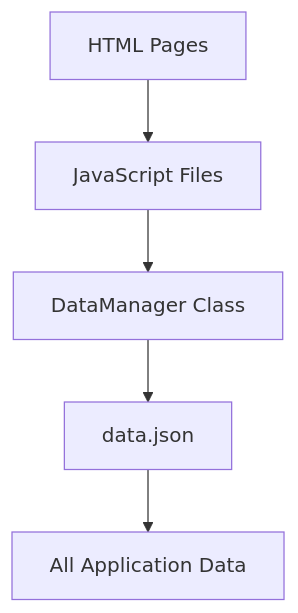
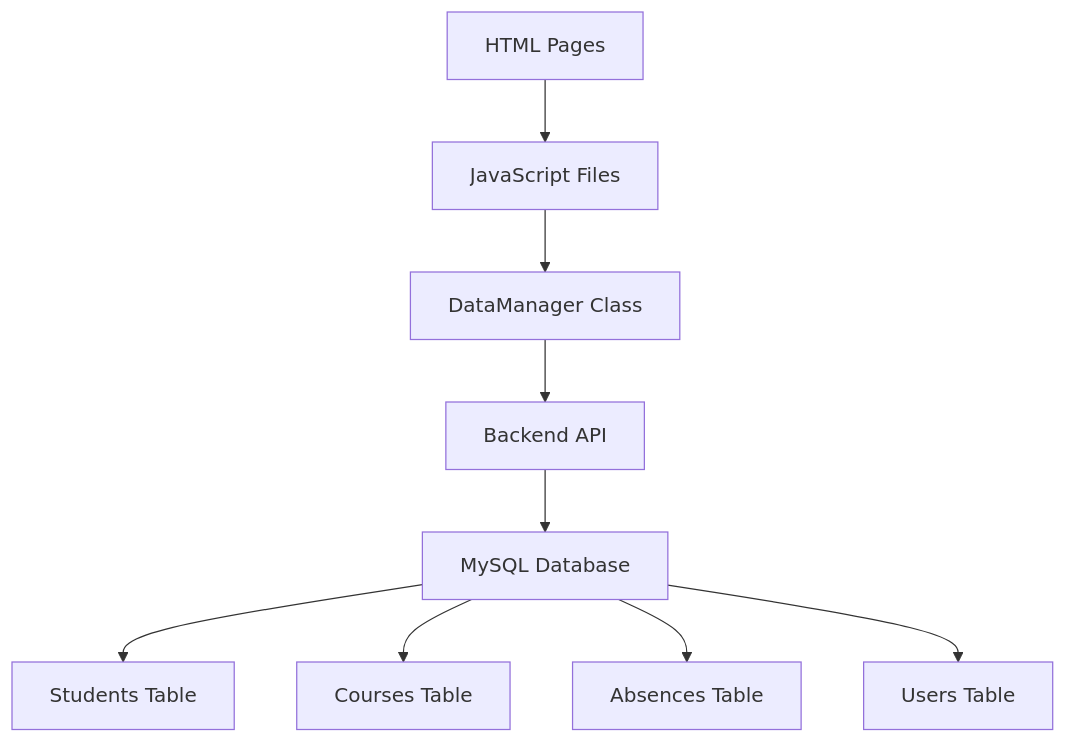
Before and after one commit to Reyleal360/Barberin: the second of 2 diagrams in architecture-diagram.md, drawn with Mermaid. The commit also changed other lines of this file and 23 other files, not shown here.

````diff
--- a/architecture-diagram.md
+++ b/architecture-diagram.md
@@ -17,7 +17,11 @@
 ```mermaid
 graph TD
     A[HTML Pages] --> B[JavaScript Files]
     B --> H[DataManager Class]
-    H --> I[data.json]
-    I --> J[All Application Data]
+    H --> I[Backend API]
+    I --> J[MySQL Database]
+    J --> K[Students Table]
+    J --> L[Courses Table]
+    J --> M[Absences Table]
+    J --> N[Users Table]
 ```
````
